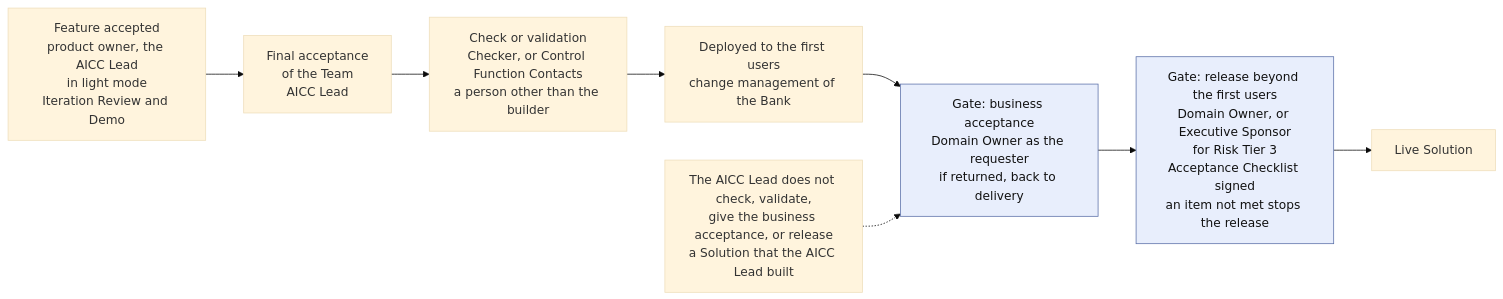
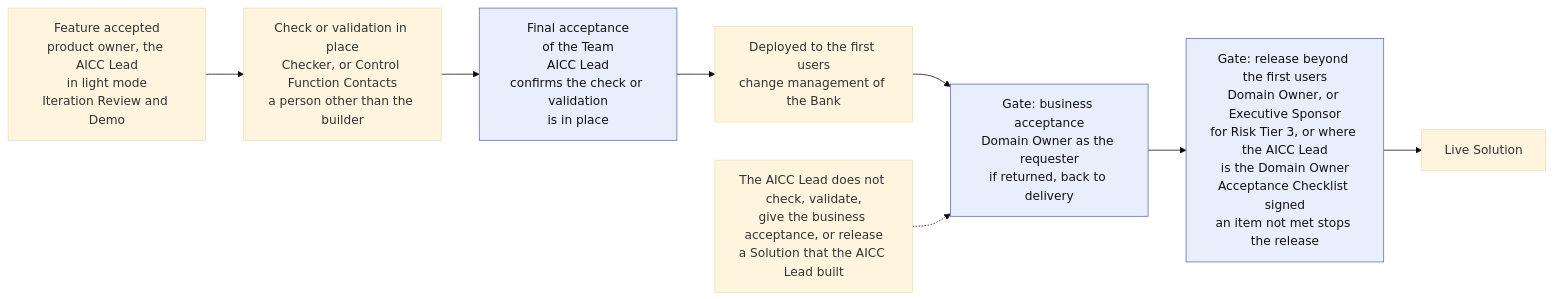
Before and after one commit to devhogu/ob-aicc: the fifth of 5 diagrams in charter/guides/service-delivery-guide.md, drawn with Mermaid (base theme). The commit also changed other lines of this file and 200 other files, not shown here.

Commit message:
Workflows aligned with the documents; AI risk and control workflow; Unit governance rebuilt on the loops; lineage removed (DR-2026-058)

````diff
--- a/charter/guides/service-delivery-guide.md
+++ b/charter/guides/service-delivery-guide.md
@@ -104,12 +105,12 @@
 ```mermaid
 flowchart LR
-  FA["Feature accepted<br/>product owner, the AICC Lead<br/>in light mode<br/>Iteration Review and Demo"] --> TF["Final acceptance<br/>of the Team<br/>AICC Lead"]
-  TF --> CV["Check or validation<br/>Checker, or Control Function Contacts<br/>a person other than the builder"]
-  CV --> DP["Deployed to the first users<br/>change management of the Bank"]
+  FA["Feature accepted<br/>product owner, the AICC Lead<br/>in light mode<br/>Iteration Review and Demo"] --> CV["Check or validation in place<br/>Checker, or Control Function Contacts<br/>a person other than the builder"]
+  CV --> TF["Final acceptance<br/>of the Team<br/>AICC Lead<br/>confirms the check or validation<br/>is in place"]
+  TF --> DP["Deployed to the first users<br/>change management of the Bank"]
   DP --> BA["Gate: business acceptance<br/>Domain Owner as the requester<br/>if returned, back to delivery"]
-  BA --> RL["Gate: release beyond the first users<br/>Domain Owner, or Executive Sponsor<br/>for Risk Tier 3<br/>Acceptance Checklist signed<br/>an item not met stops the release"]
+  BA --> RL["Gate: release beyond the first users<br/>Domain Owner, or Executive Sponsor<br/>for Risk Tier 3, or where the AICC Lead<br/>is the Domain Owner<br/>Acceptance Checklist signed<br/>an item not met stops the release"]
   RL --> LV["Live Solution"]
   NT["The AICC Lead does not check, validate,<br/>give the business acceptance, or release<br/>a Solution that the AICC Lead built"] -.-> BA
   classDef gate fill:#e8eefc,stroke:#5a6fa8,color:#111
-  class BA,RL gate
+  class TF,BA,RL gate
 ```
````
